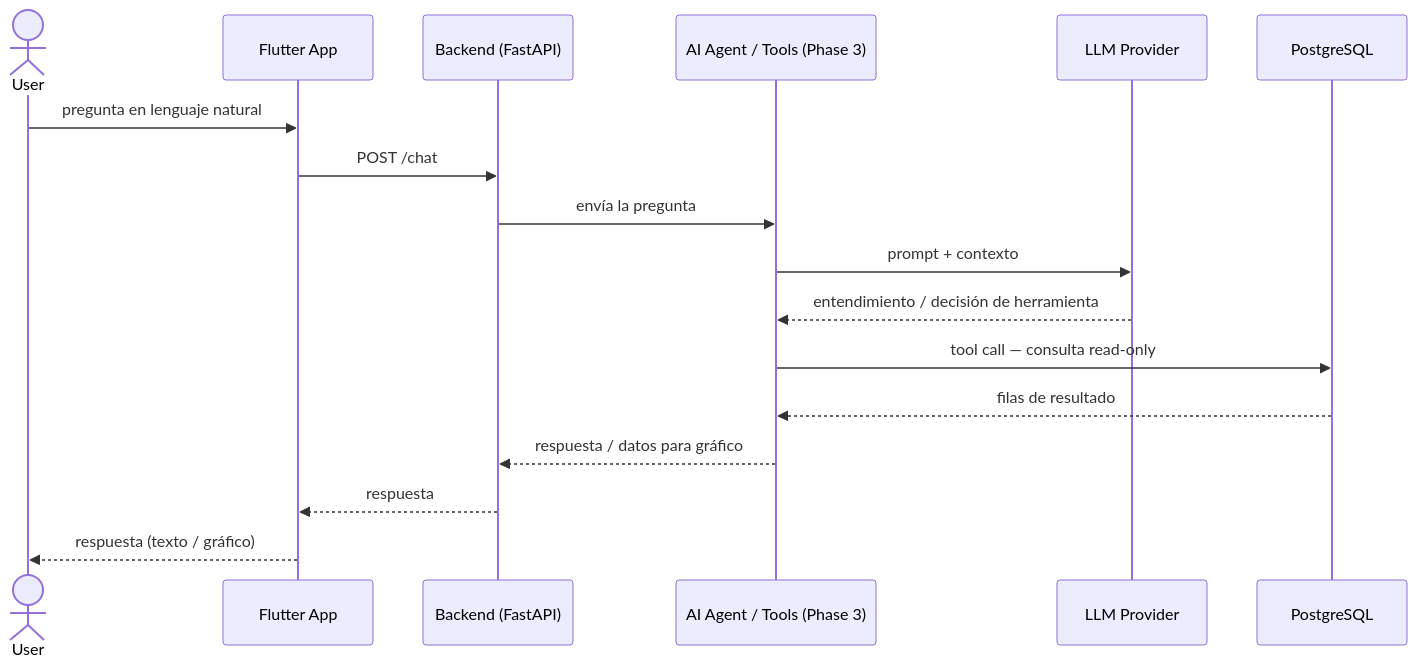
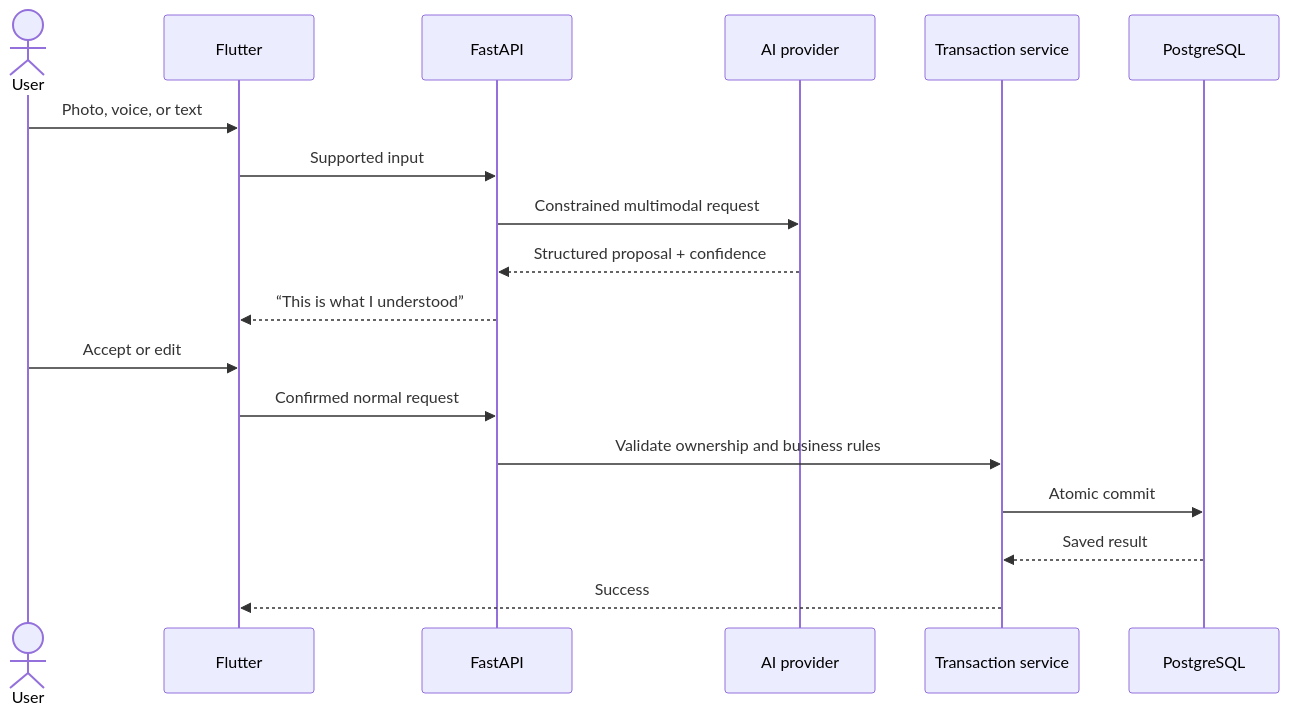
Before and after one commit to NullCorvus/finance-ai: the third of 3 diagrams in docs/UML.md, drawn with Mermaid. The commit also changed other lines of this file and 90 other files, not shown here.

````diff
--- a/docs/UML.md
+++ b/docs/UML.md
@@ -268,20 +50,21 @@
 ```mermaid
 sequenceDiagram
     actor U as User
-    participant App as Flutter App
-    participant API as Backend (FastAPI)
-    participant Agent as AI Agent / Tools (Phase 3)
-    participant LLM as LLM Provider
-    participant DB as PostgreSQL
+    participant F as Flutter
+    participant A as FastAPI
+    participant M as AI provider
+    participant S as Transaction service
+    participant D as PostgreSQL
 
-    U->>App: pregunta en lenguaje natural
-    App->>API: POST /chat
-    API->>Agent: envía la pregunta
-    Agent->>LLM: prompt + contexto
-    LLM-->>Agent: entendimiento / decisión de herramienta
-    Agent->>DB: tool call — consulta read-only
-    DB-->>Agent: filas de resultado
-    Agent-->>API: respuesta / datos para gráfico
-    API-->>App: respuesta
-    App-->>U: respuesta (texto / gráfico)
+    U->>F: Photo, voice, or text
+    F->>A: Supported input
+    A->>M: Constrained multimodal request
+    M-->>A: Structured proposal + confidence
+    A-->>F: “This is what I understood”
+    U->>F: Accept or edit
+    F->>A: Confirmed normal request
+    A->>S: Validate ownership and business rules
+    S->>D: Atomic commit
+    D-->>S: Saved result
+    S-->>F: Success
 ```
````
